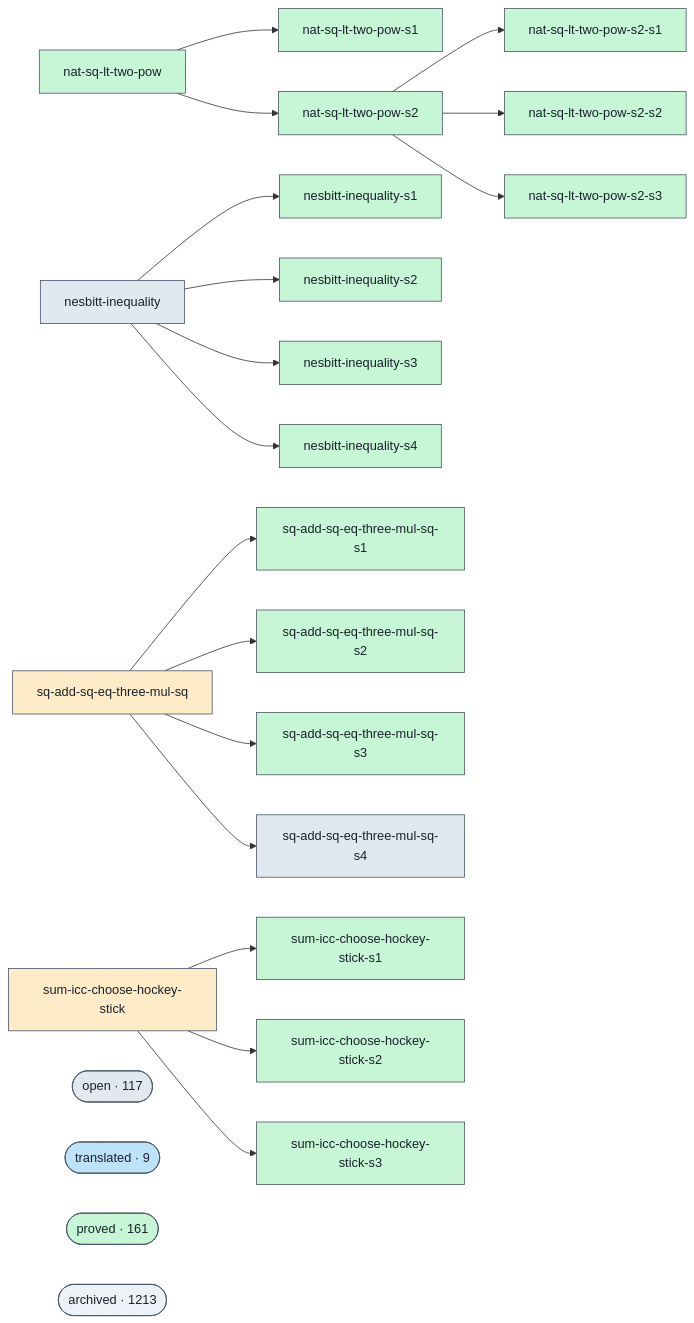
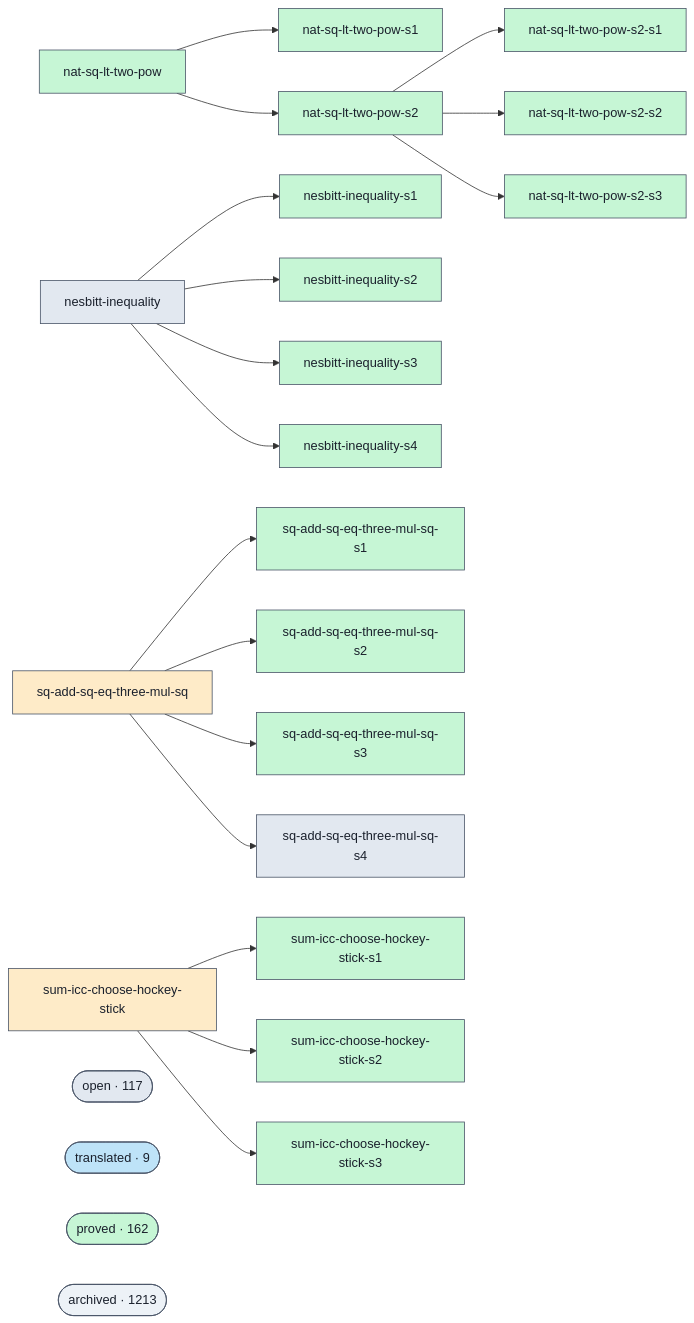
One commit to ohdearquant/unsorry changed the diagram in docs/proofs-contributors-visualisation.md. Above: the diagram before and after it, drawn with Mermaid. The commit also changed other lines of this file and 2 other files, not shown here.

```diff
--- a/docs/proofs-contributors-visualisation.md
+++ b/docs/proofs-contributors-visualisation.md
@@ -102,7 +102,7 @@
   class cluster_open open;
   cluster_translated(["translated · 9"])
   class cluster_translated translated;
-  cluster_proved(["proved · 161"])
+  cluster_proved(["proved · 162"])
   class cluster_proved proved;
   cluster_archived(["archived · 1213"])
   class cluster_archived unknown;
```
